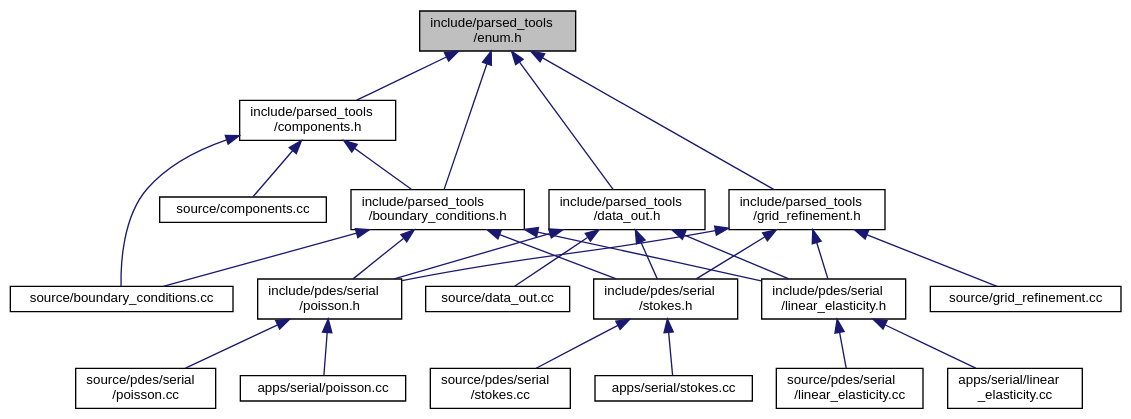
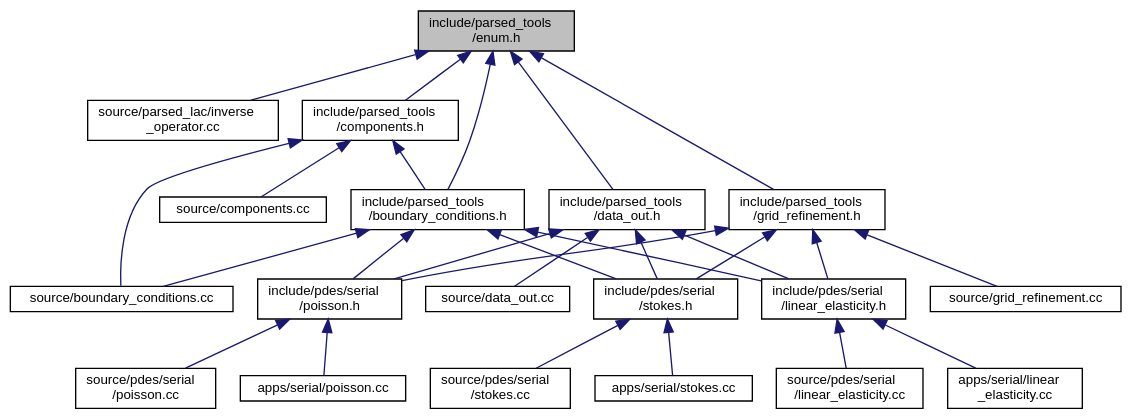
The diagram in enum_8h__dep__incl.dot (luca-heltai/fsi-suite), drawn with Graphviz before and after one commit. The commit also changed 500 other files, not shown here.

```diff
--- a/enum_8h__dep__incl.dot
+++ b/enum_8h__dep__incl.dot
@@ -1,50 +1,52 @@
 digraph "include/parsed_tools/enum.h"
 {
  // LATEX_PDF_SIZE
   bgcolor="transparent";
   edge [fontname="Helvetica",fontsize="10",labelfontname="Helvetica",labelfontsize="10"];
   node [fontname="Helvetica",fontsize="10",shape=record];
   Node1 [label="include/parsed_tools\l/enum.h",height=0.2,width=0.4,color="black", fillcolor="grey75", style="filled", fontcolor="black",tooltip=" "];
   Node1 -> Node2 [dir="back",color="midnightblue",fontsize="10",style="solid",fontname="Helvetica"];
-  Node2 [label="include/parsed_tools\l/boundary_conditions.h",height=0.2,width=0.4,color="black",URL="$boundary__conditions_8h.html",tooltip=" "];
-  Node2 -> Node3 [dir="back",color="midnightblue",fontsize="10",style="solid",fontname="Helvetica"];
-  Node3 [label="source/boundary_conditions.cc",height=0.2,width=0.4,color="black",URL="$boundary__conditions_8cc.html",tooltip=" "];
-  Node2 -> Node4 [dir="back",color="midnightblue",fontsize="10",style="solid",fontname="Helvetica"];
-  Node4 [label="include/pdes/serial\l/linear_elasticity.h",height=0.2,width=0.4,color="black",URL="$linear__elasticity_8h.html",tooltip=" "];
-  Node4 -> Node5 [dir="back",color="midnightblue",fontsize="10",style="solid",fontname="Helvetica"];
-  Node5 [label="source/pdes/serial\l/linear_elasticity.cc",height=0.2,width=0.4,color="black",URL="$source_2pdes_2serial_2linear__elasticity_8cc.html",tooltip=" "];
-  Node4 -> Node6 [dir="back",color="midnightblue",fontsize="10",style="solid",fontname="Helvetica"];
-  Node6 [label="apps/serial/linear\l_elasticity.cc",height=0.2,width=0.4,color="black",URL="$apps_2serial_2linear__elasticity_8cc.html",tooltip=" "];
-  Node2 -> Node7 [dir="back",color="midnightblue",fontsize="10",style="solid",fontname="Helvetica"];
-  Node7 [label="include/pdes/serial\l/poisson.h",height=0.2,width=0.4,color="black",URL="$poisson_8h.html",tooltip=" "];
-  Node7 -> Node8 [dir="back",color="midnightblue",fontsize="10",style="solid",fontname="Helvetica"];
-  Node8 [label="source/pdes/serial\l/poisson.cc",height=0.2,width=0.4,color="black",URL="$source_2pdes_2serial_2poisson_8cc.html",tooltip=" "];
-  Node7 -> Node9 [dir="back",color="midnightblue",fontsize="10",style="solid",fontname="Helvetica"];
-  Node9 [label="apps/serial/poisson.cc",height=0.2,width=0.4,color="black",URL="$apps_2serial_2poisson_8cc.html",tooltip=" "];
-  Node2 -> Node10 [dir="back",color="midnightblue",fontsize="10",style="solid",fontname="Helvetica"];
-  Node10 [label="include/pdes/serial\l/stokes.h",height=0.2,width=0.4,color="black",URL="$stokes_8h.html",tooltip=" "];
-  Node10 -> Node11 [dir="back",color="midnightblue",fontsize="10",style="solid",fontname="Helvetica"];
-  Node11 [label="source/pdes/serial\l/stokes.cc",height=0.2,width=0.4,color="black",URL="$source_2pdes_2serial_2stokes_8cc.html",tooltip=" "];
-  Node10 -> Node12 [dir="back",color="midnightblue",fontsize="10",style="solid",fontname="Helvetica"];
-  Node12 [label="apps/serial/stokes.cc",height=0.2,width=0.4,color="black",URL="$apps_2serial_2stokes_8cc.html",tooltip=" "];
-  Node1 -> Node13 [dir="back",color="midnightblue",fontsize="10",style="solid",fontname="Helvetica"];
-  Node13 [label="include/parsed_tools\l/components.h",height=0.2,width=0.4,color="black",URL="$components_8h.html",tooltip=" "];
-  Node13 -> Node3 [dir="back",color="midnightblue",fontsize="10",style="solid",fontname="Helvetica"];
-  Node13 -> Node14 [dir="back",color="midnightblue",fontsize="10",style="solid",fontname="Helvetica"];
-  Node14 [label="source/components.cc",height=0.2,width=0.4,color="black",URL="$components_8cc.html",tooltip=" "];
-  Node13 -> Node2 [dir="back",color="midnightblue",fontsize="10",style="solid",fontname="Helvetica"];
-  Node1 -> Node15 [dir="back",color="midnightblue",fontsize="10",style="solid",fontname="Helvetica"];
-  Node15 [label="include/parsed_tools\l/data_out.h",height=0.2,width=0.4,color="black",URL="$data__out_8h.html",tooltip=" "];
-  Node15 -> Node16 [dir="back",color="midnightblue",fontsize="10",style="solid",fontname="Helvetica"];
-  Node16 [label="source/data_out.cc",height=0.2,width=0.4,color="black",URL="$data__out_8cc.html",tooltip=" "];
-  Node15 -> Node4 [dir="back",color="midnightblue",fontsize="10",style="solid",fontname="Helvetica"];
-  Node15 -> Node7 [dir="back",color="midnightblue",fontsize="10",style="solid",fontname="Helvetica"];
-  Node15 -> Node10 [dir="back",color="midnightblue",fontsize="10",style="solid",fontname="Helvetica"];
-  Node1 -> Node17 [dir="back",color="midnightblue",fontsize="10",style="solid",fontname="Helvetica"];
-  Node17 [label="include/parsed_tools\l/grid_refinement.h",height=0.2,width=0.4,color="black",URL="$grid__refinement_8h.html",tooltip=" "];
-  Node17 -> Node18 [dir="back",color="midnightblue",fontsize="10",style="solid",fontname="Helvetica"];
-  Node18 [label="source/grid_refinement.cc",height=0.2,width=0.4,color="black",URL="$grid__refinement_8cc.html",tooltip=" "];
-  Node17 -> Node4 [dir="back",color="midnightblue",fontsize="10",style="solid",fontname="Helvetica"];
-  Node17 -> Node7 [dir="back",color="midnightblue",fontsize="10",style="solid",fontname="Helvetica"];
-  Node17 -> Node10 [dir="back",color="midnightblue",fontsize="10",style="solid",fontname="Helvetica"];
+  Node2 [label="source/parsed_lac/inverse\l_operator.cc",height=0.2,width=0.4,color="black",URL="$inverse__operator_8cc.html",tooltip=" "];
+  Node1 -> Node3 [dir="back",color="midnightblue",fontsize="10",style="solid",fontname="Helvetica"];
+  Node3 [label="include/parsed_tools\l/boundary_conditions.h",height=0.2,width=0.4,color="black",URL="$boundary__conditions_8h.html",tooltip=" "];
+  Node3 -> Node4 [dir="back",color="midnightblue",fontsize="10",style="solid",fontname="Helvetica"];
+  Node4 [label="source/boundary_conditions.cc",height=0.2,width=0.4,color="black",URL="$boundary__conditions_8cc.html",tooltip=" "];
+  Node3 -> Node5 [dir="back",color="midnightblue",fontsize="10",style="solid",fontname="Helvetica"];
+  Node5 [label="include/pdes/serial\l/linear_elasticity.h",height=0.2,width=0.4,color="black",URL="$linear__elasticity_8h.html",tooltip=" "];
+  Node5 -> Node6 [dir="back",color="midnightblue",fontsize="10",style="solid",fontname="Helvetica"];
+  Node6 [label="source/pdes/serial\l/linear_elasticity.cc",height=0.2,width=0.4,color="black",URL="$source_2pdes_2serial_2linear__elasticity_8cc.html",tooltip=" "];
+  Node5 -> Node7 [dir="back",color="midnightblue",fontsize="10",style="solid",fontname="Helvetica"];
+  Node7 [label="apps/serial/linear\l_elasticity.cc",height=0.2,width=0.4,color="black",URL="$apps_2serial_2linear__elasticity_8cc.html",tooltip=" "];
+  Node3 -> Node8 [dir="back",color="midnightblue",fontsize="10",style="solid",fontname="Helvetica"];
+  Node8 [label="include/pdes/serial\l/poisson.h",height=0.2,width=0.4,color="black",URL="$poisson_8h.html",tooltip=" "];
+  Node8 -> Node9 [dir="back",color="midnightblue",fontsize="10",style="solid",fontname="Helvetica"];
+  Node9 [label="source/pdes/serial\l/poisson.cc",height=0.2,width=0.4,color="black",URL="$source_2pdes_2serial_2poisson_8cc.html",tooltip=" "];
+  Node8 -> Node10 [dir="back",color="midnightblue",fontsize="10",style="solid",fontname="Helvetica"];
+  Node10 [label="apps/serial/poisson.cc",height=0.2,width=0.4,color="black",URL="$apps_2serial_2poisson_8cc.html",tooltip=" "];
+  Node3 -> Node11 [dir="back",color="midnightblue",fontsize="10",style="solid",fontname="Helvetica"];
+  Node11 [label="include/pdes/serial\l/stokes.h",height=0.2,width=0.4,color="black",URL="$stokes_8h.html",tooltip=" "];
+  Node11 -> Node12 [dir="back",color="midnightblue",fontsize="10",style="solid",fontname="Helvetica"];
+  Node12 [label="source/pdes/serial\l/stokes.cc",height=0.2,width=0.4,color="black",URL="$source_2pdes_2serial_2stokes_8cc.html",tooltip=" "];
+  Node11 -> Node13 [dir="back",color="midnightblue",fontsize="10",style="solid",fontname="Helvetica"];
+  Node13 [label="apps/serial/stokes.cc",height=0.2,width=0.4,color="black",URL="$apps_2serial_2stokes_8cc.html",tooltip=" "];
+  Node1 -> Node14 [dir="back",color="midnightblue",fontsize="10",style="solid",fontname="Helvetica"];
+  Node14 [label="include/parsed_tools\l/components.h",height=0.2,width=0.4,color="black",URL="$components_8h.html",tooltip=" "];
+  Node14 -> Node4 [dir="back",color="midnightblue",fontsize="10",style="solid",fontname="Helvetica"];
+  Node14 -> Node15 [dir="back",color="midnightblue",fontsize="10",style="solid",fontname="Helvetica"];
+  Node15 [label="source/components.cc",height=0.2,width=0.4,color="black",URL="$components_8cc.html",tooltip=" "];
+  Node14 -> Node3 [dir="back",color="midnightblue",fontsize="10",style="solid",fontname="Helvetica"];
+  Node1 -> Node16 [dir="back",color="midnightblue",fontsize="10",style="solid",fontname="Helvetica"];
+  Node16 [label="include/parsed_tools\l/data_out.h",height=0.2,width=0.4,color="black",URL="$data__out_8h.html",tooltip=" "];
+  Node16 -> Node17 [dir="back",color="midnightblue",fontsize="10",style="solid",fontname="Helvetica"];
+  Node17 [label="source/data_out.cc",height=0.2,width=0.4,color="black",URL="$data__out_8cc.html",tooltip=" "];
+  Node16 -> Node5 [dir="back",color="midnightblue",fontsize="10",style="solid",fontname="Helvetica"];
+  Node16 -> Node8 [dir="back",color="midnightblue",fontsize="10",style="solid",fontname="Helvetica"];
+  Node16 -> Node11 [dir="back",color="midnightblue",fontsize="10",style="solid",fontname="Helvetica"];
+  Node1 -> Node18 [dir="back",color="midnightblue",fontsize="10",style="solid",fontname="Helvetica"];
+  Node18 [label="include/parsed_tools\l/grid_refinement.h",height=0.2,width=0.4,color="black",URL="$grid__refinement_8h.html",tooltip=" "];
+  Node18 -> Node19 [dir="back",color="midnightblue",fontsize="10",style="solid",fontname="Helvetica"];
+  Node19 [label="source/grid_refinement.cc",height=0.2,width=0.4,color="black",URL="$grid__refinement_8cc.html",tooltip=" "];
+  Node18 -> Node5 [dir="back",color="midnightblue",fontsize="10",style="solid",fontname="Helvetica"];
+  Node18 -> Node8 [dir="back",color="midnightblue",fontsize="10",style="solid",fontname="Helvetica"];
+  Node18 -> Node11 [dir="back",color="midnightblue",fontsize="10",style="solid",fontname="Helvetica"];
 }
```
